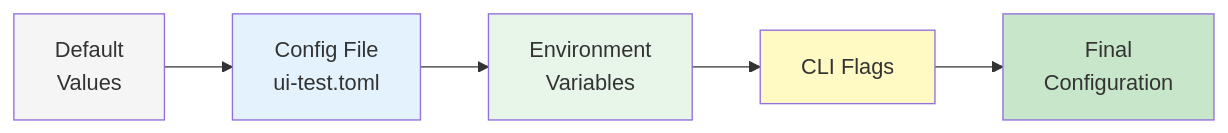
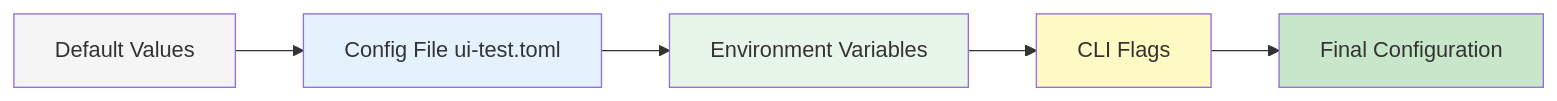
The third of 14 diagrams in wiki/Architecture.md (softwarewrighter/ui-test-rs), drawn with Mermaid before and after one commit. The commit also changed other lines of this file and 10 other files, not shown here.

First line of the commit message:
Fix wiki Mermaid diagrams: remove <br/> tags

````diff
--- a/wiki/Architecture.md
+++ b/wiki/Architecture.md
@@ -110,19 +110,19 @@
 ```mermaid
 flowchart LR
-    Defaults[Default<br/>Values]
-    File[Config File<br/>ui-test.toml]
-    Env[Environment<br/>Variables]
+    Defaults[Default Values]
+    File[Config File ui-test.toml]
+    Env[Environment Variables]
     CLI[CLI Flags]
-    Final[Final<br/>Configuration]
+    Final[Final Configuration]
 
     Defaults --> File
     File --> Env
     Env --> CLI
     CLI --> Final
 
     style Defaults fill:#f5f5f5
     style File fill:#e3f2fd
     style Env fill:#e8f5e9
     style CLI fill:#fff9c4
     style Final fill:#c8e6c9
 ```
````
